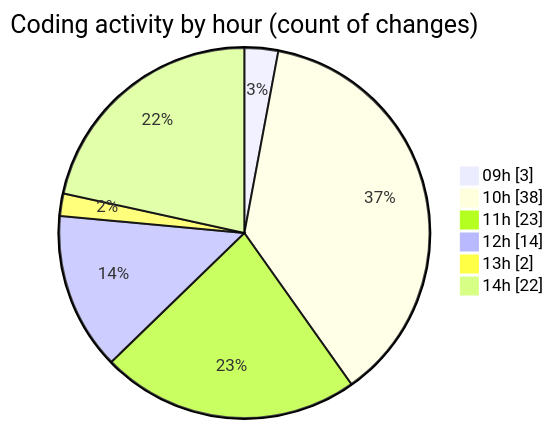
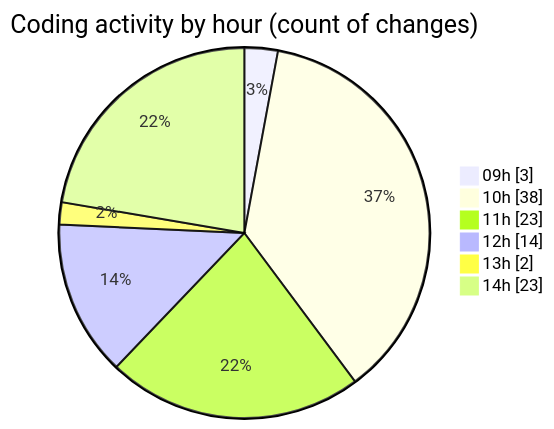
One commit to momahboobian/code-tracking changed the second of 2 diagrams in 2025-11-19/cda/README.md. Above: the diagram before and after it, drawn with Mermaid. The commit also changed other lines of this file and 1 other file, not shown here.

````diff
--- a/2025-11-19/cda/README.md
+++ b/2025-11-19/cda/README.md
@@ -33,10 +33,10 @@
 ```mermaid
 pie showData
 title Coding activity by hour (count of changes)
 "09h" : 3
 "10h" : 38
 "11h" : 23
 "12h" : 14
 "13h" : 2
-"14h" : 22
+"14h" : 23
 ```
````
